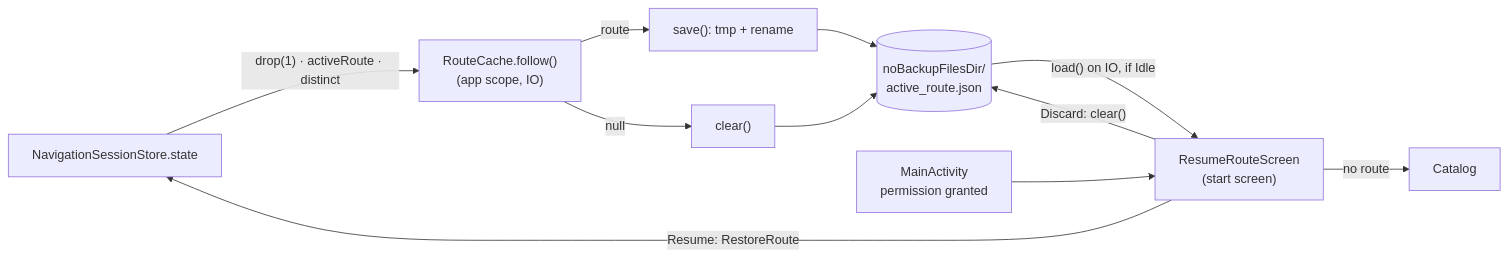
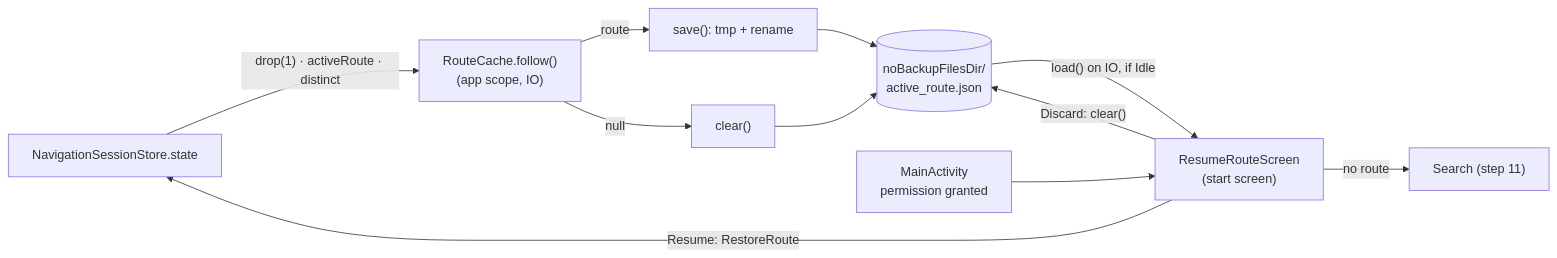
One commit to Xander-JS/haptiMap_watch changed the sixth of 11 diagrams in ARCHITECTURE.md. Above: the diagram before and after it, drawn with Mermaid. The commit also changed other lines of this file and 26 other files, not shown here.

````diff
--- a/ARCHITECTURE.md
+++ b/ARCHITECTURE.md
@@ -235,12 +236,12 @@
 ```mermaid
 graph LR
     store["NavigationSessionStore.state"] -->|"drop(1) · activeRoute · distinct"| follow["RouteCache.follow()<br/>(app scope, IO)"]
     follow -->|"route"| save["save(): tmp + rename"]
     follow -->|"null"| clear["clear()"]
     save & clear --> file[("noBackupFilesDir/<br/>active_route.json")]
     main["MainActivity<br/>permission granted"] --> resume["ResumeRouteScreen<br/>(start screen)"]
     file -->|"load() on IO, if Idle"| resume
-    resume -->|"no route"| catalog["Catalog"]
+    resume -->|"no route"| search["Search (step 11)"]
     resume -->|"Resume: RestoreRoute"| store
     resume -->|"Discard: clear()"| file
 ```
````
